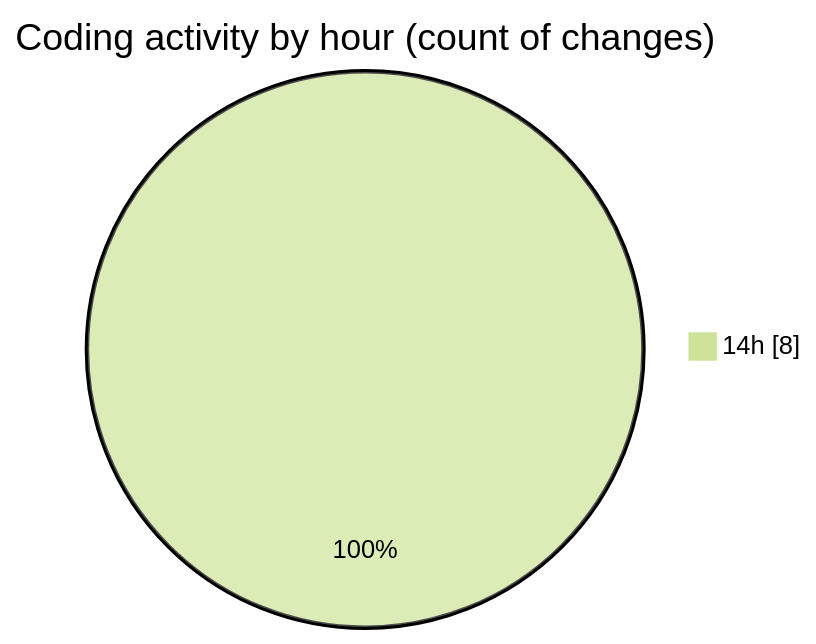
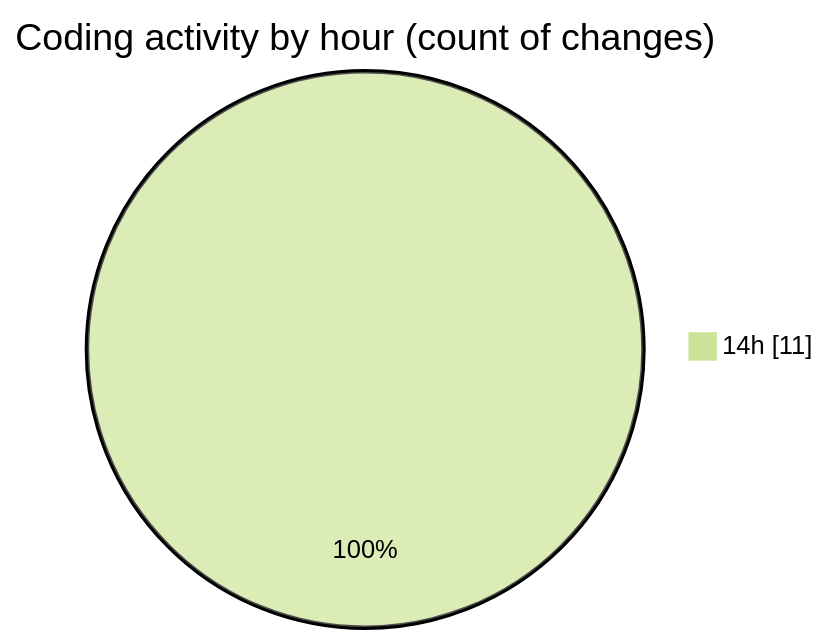
Before and after one commit to momahboobian/code-tracking: the second of 2 diagrams in 2026-03-23/cda/README.md, drawn with Mermaid (forest theme). The commit also changed other lines of this file and 1 other file, not shown here.

````diff
--- a/2026-03-23/cda/README.md
+++ b/2026-03-23/cda/README.md
@@ -31,5 +32,5 @@
 ```mermaid
 pie showData
 title Coding activity by hour (count of changes)
-"14h" : 8
+"14h" : 11
 ```
````
